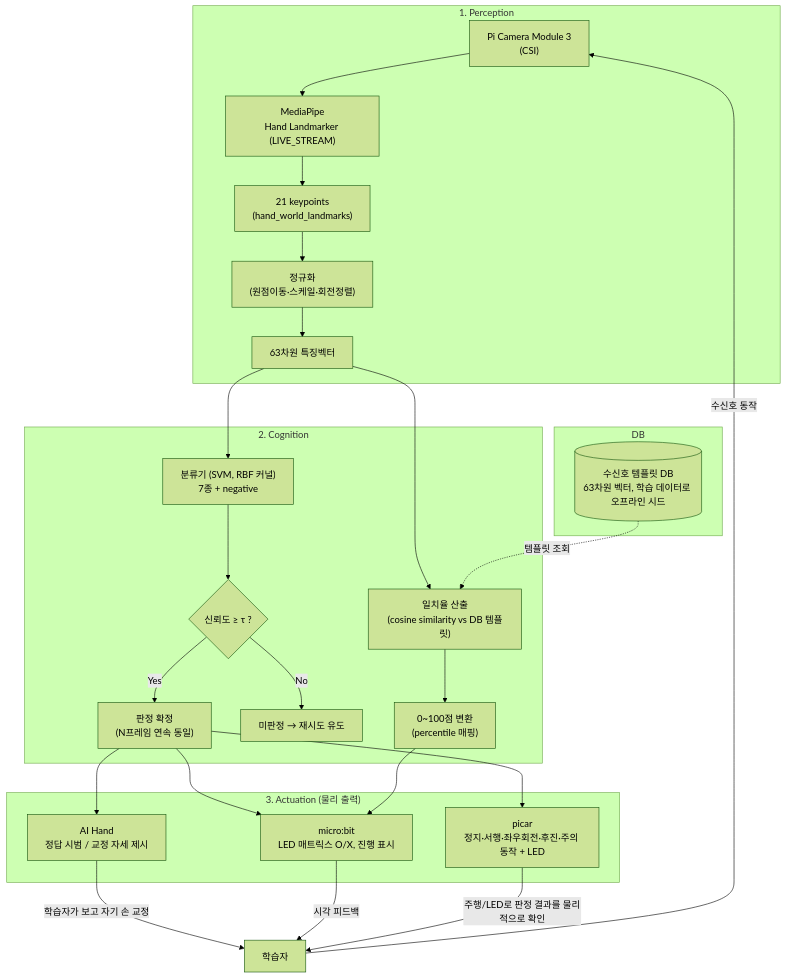
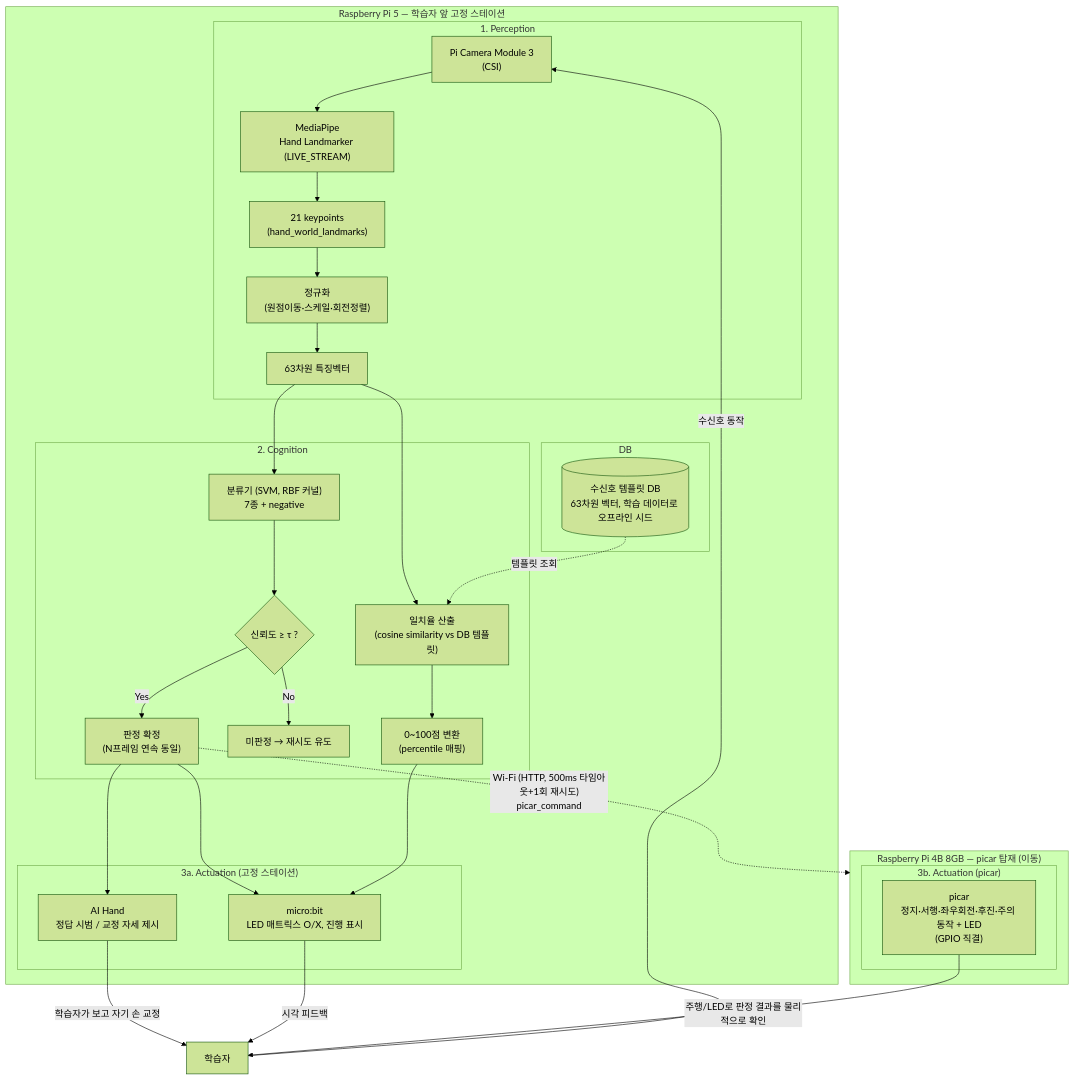
Before and after one commit to Lee35678/SafeSign_PhysicalAI: the diagram in document/시스템_구성도_초안.md, drawn with Mermaid (forest theme). The commit also changed other lines of this file and 22 other files, not shown here.

````diff
--- a/document/시스템_구성도_초안.md
+++ b/document/시스템_구성도_초안.md
@@ -20,35 +22,44 @@
 ```mermaid
 flowchart TD
-    subgraph PERCEPTION["1. Perception"]
-        D["Pi Camera Module 3<br/>(CSI)"] --> E["MediaPipe<br/>Hand Landmarker (LIVE_STREAM)"]
-        E --> F["21 keypoints<br/>(hand_world_landmarks)"]
-        F --> G["정규화<br/>(원점이동·스케일·회전정렬)"]
-        G --> H["63차원 특징벡터"]
+    subgraph RPI5["Raspberry Pi 5 — 학습자 앞 고정 스테이션"]
+        subgraph PERCEPTION["1. Perception"]
+            D["Pi Camera Module 3<br/>(CSI)"] --> E["MediaPipe<br/>Hand Landmarker (LIVE_STREAM)"]
+            E --> F["21 keypoints<br/>(hand_world_landmarks)"]
+            F --> G["정규화<br/>(원점이동·스케일·회전정렬)"]
+            G --> H["63차원 특징벡터"]
+        end
+
+        subgraph COGNITION["2. Cognition"]
+            H --> I["분류기 (SVM, RBF 커널)<br/>7종 + negative"]
+            H --> J["일치율 산출<br/>(cosine similarity vs DB 템플릿)"]
+            I --> K{"신뢰도 ≥ τ ?"}
+            K -->|Yes| L["판정 확정<br/>(N프레임 연속 동일)"]
+            K -->|No| M["미판정 → 재시도 유도"]
+            J --> N["0~100점 변환<br/>(percentile 매핑)"]
+        end
+
+        subgraph DB["DB"]
+            O[(수신호 템플릿 DB<br/>63차원 벡터, 학습 데이터로 오프라인 시드)]
+        end
+        O -.템플릿 조회.-> J
+
+        subgraph ACTUATION_LOCAL["3a. Actuation (고정 스테이션)"]
+            L --> P["AI Hand<br/>정답 시범 / 교정 자세 제시"]
+            L --> Q["micro:bit<br/>LED 매트릭스 O/X, 진행 표시"]
+        end
+        N --> Q
     end
 
-    subgraph COGNITION["2. Cognition"]
-        H --> I["분류기 (SVM, RBF 커널)<br/>7종 + negative"]
-        H --> J["일치율 산출<br/>(cosine similarity vs DB 템플릿)"]
-        I --> K{"신뢰도 ≥ τ ?"}
-        K -->|Yes| L["판정 확정<br/>(N프레임 연속 동일)"]
-        K -->|No| M["미판정 → 재시도 유도"]
-        J --> N["0~100점 변환<br/>(percentile 매핑)"]
-    end
+    L -.Wi-Fi (HTTP, 500ms 타임아웃+1회 재시도)<br/>picar_command.-> RPI4B
 
-    subgraph DB["DB"]
-        O[(수신호 템플릿 DB<br/>63차원 벡터, 학습 데이터로 오프라인 시드)]
-    end
-    O -.템플릿 조회.-> J
-
-    subgraph ACTUATION["3. Actuation (물리 출력)"]
-        L --> P["AI Hand<br/>정답 시범 / 교정 자세 제시"]
-        L --> Q["micro:bit<br/>LED 매트릭스 O/X, 진행 표시"]
-        L --> R["picar<br/>정지·서행·좌우회전·후진·주의 동작 + LED"]
-        N --> Q
+    subgraph RPI4B["Raspberry Pi 4B 8GB — picar 탑재 (이동)"]
+        subgraph ACTUATION_PICAR["3b. Actuation (picar)"]
+            R["picar<br/>정지·서행·좌우회전·후진·주의 동작 + LED<br/>(GPIO 직결)"]
+        end
     end
 
     A[학습자] -->|수신호 동작| D
     P -->|학습자가 보고 자기 손 교정| A
     Q -->|시각 피드백| A
     R -->|주행/LED로 판정 결과를 물리적으로 확인| A
 ```
````
